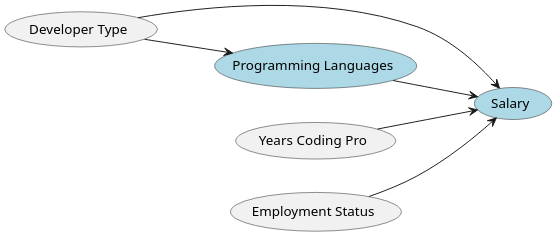
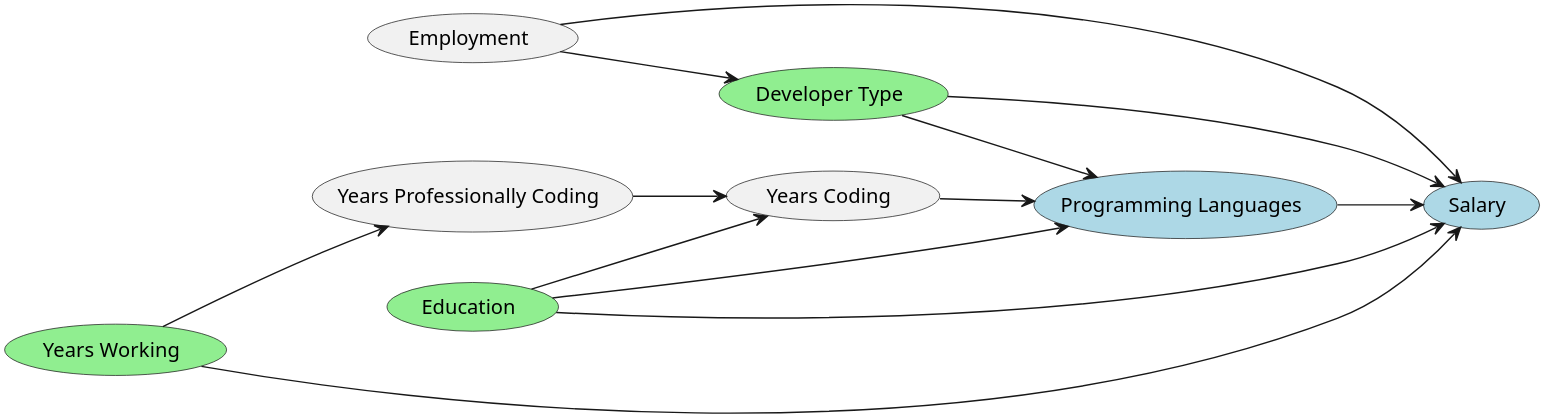
The diagram in docs/report/diagrams.puml (LittleTealeaf/EC-365-Project), drawn with PlantUML before and after one commit. The commit also changed other lines of this file and 13 other files, not shown here.

```diff
--- a/docs/report/diagrams.puml
+++ b/docs/report/diagrams.puml
@@ -30,18 +1,67 @@
-@startuml model3
+@startuml model
 left to right direction
-skinparam dpi 200
+skinparam dpi 300
 
 (Salary) #LightBlue
 
 (Programming Languages) #LightBlue
 
-(Developer Type)
+
+(Developer Type) #LightGreen
+
+(Education) #LightGreen
+
+(Employment)
+
+(Years Working) #LightGreen
+
+(Years Coding)
+
+(Years Professionally Coding)
+
+(Programming Languages) --> (Salary)
 
 
-(Programming Languages) --> (Salary)
+(Education) --> (Salary)
+(Education) --> (Years Coding)
+(Education) --> (Programming Languages)
+
+
 (Developer Type) --> (Programming Languages)
 (Developer Type) --> (Salary)
-(Years Coding Pro) --> (Salary)
-(Employment Status) --> (Salary)
+
+
+(Employment) --> (Salary)
+
+
+(Years Working) --> (Salary)
+
+(Years Coding) --> (Programming Languages)
+
+(Employment) --> (Developer Type)
+
+(Years Working) --> (Years Professionally Coding)
+
+(Years Professionally Coding) --> (Years Coding)
+
+
+' (Programming Languages) --> (Salary)
+
+' (Developer Type) --> (Programming Languages)
+
+' (Developer Type) --> (Salary)
+
+' (Education Level) --> (Developer Type)
+' (Education Level) --> (Programming Experience)
+
+' (Work Experience) --> (Salary)
+
+' (Work Experience) --> (Professional Programming Experience)
+' (Professional Programming Experience) -> (Programming Experience)
+
+' (Programming Experience) --> (Programming Languages)
+
+
+' (Employment Status) --> (Salary)
 
 @enduml
```
